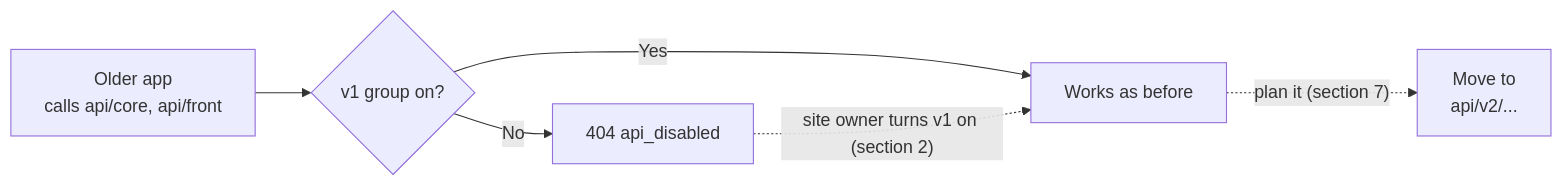
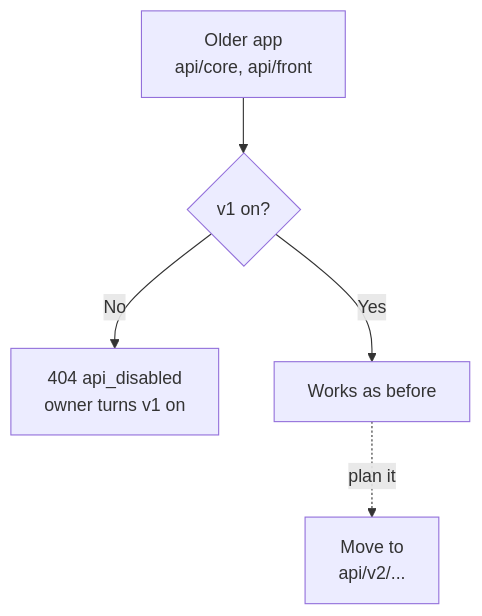
Before and after one commit to gp247net/gp247-docs: the diagram in api/api-v1.md, drawn with Mermaid. The commit also changed other lines of this file and 44 other files, not shown here.

First line of the commit message:
docs: redraw oversized diagrams in security, API and MCP docs (vi/en/ja)

````diff
--- a/api/api-v1.md
+++ b/api/api-v1.md
@@ -22,8 +22,7 @@
 ```mermaid
-flowchart LR
-    A["Older app<br/>calls api/core, api/front"] --> B{"v1 group on?"}
-    B -- "No" --> C["404 api_disabled"]
+flowchart TB
+    A["Older app<br/>api/core, api/front"] --> B{"v1 on?"}
+    B -- "No" --> C["404 api_disabled<br/>owner turns v1 on"]
     B -- "Yes" --> D["Works as before"]
-    C -.->|"site owner turns v1 on (section 2)"| D
-    D -.->|"plan it (section 7)"| E["Move to<br/>api/v2/..."]
+    D -.->|"plan it"| E["Move to<br/>api/v2/..."]
 ```
````
